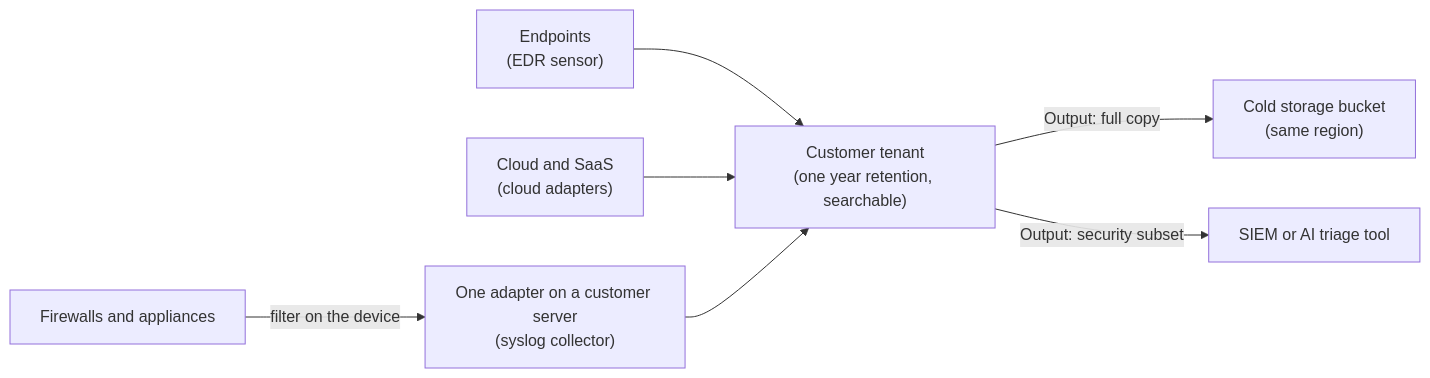
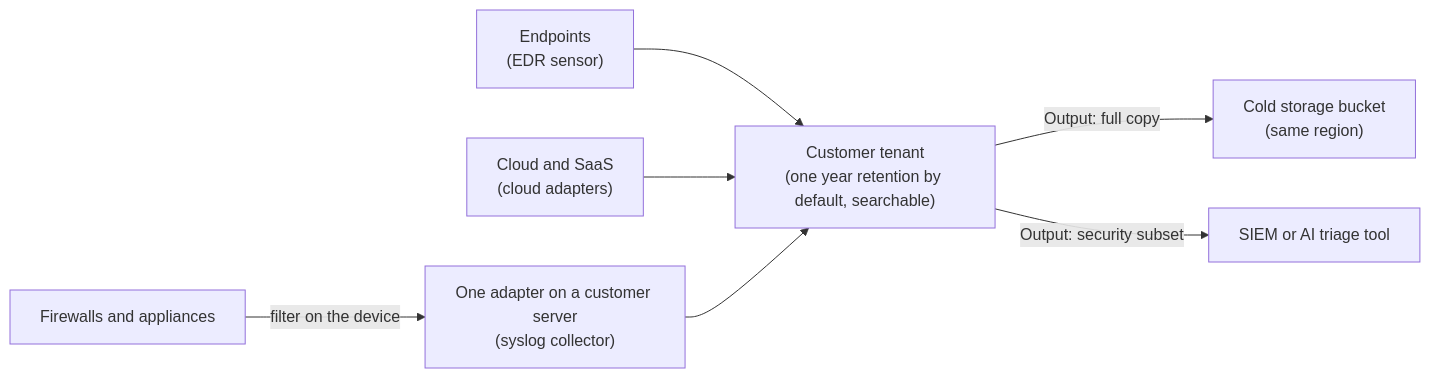
Before and after one commit to refractionPOINT/documentation: the diagram in docs/1-getting-started/mssp-deployment/telemetry.md, drawn with Mermaid. The commit also changed other lines of this file and 4 other files, not shown here.

Commit message:
Retention docs: default wording on MSSP pages, permissions note, clearer cancel wording

````diff
--- a/docs/1-getting-started/mssp-deployment/telemetry.md
+++ b/docs/1-getting-started/mssp-deployment/telemetry.md
@@ -11,10 +11,10 @@
 ```mermaid
 flowchart LR
     EP["Endpoints<br/>(EDR sensor)"] --> TEN
     CLOUD["Cloud and SaaS<br/>(cloud adapters)"] --> TEN
     FW["Firewalls and appliances"] -->|"filter on the device"| COL["One adapter on a customer server<br/>(syslog collector)"]
     COL --> TEN
-    TEN["Customer tenant<br/>(one year retention, searchable)"]
+    TEN["Customer tenant<br/>(one year retention by default, searchable)"]
     TEN -->|"Output: full copy"| COLD["Cold storage bucket<br/>(same region)"]
     TEN -->|"Output: security subset"| SIEM["SIEM or AI triage tool"]
 ```
````
